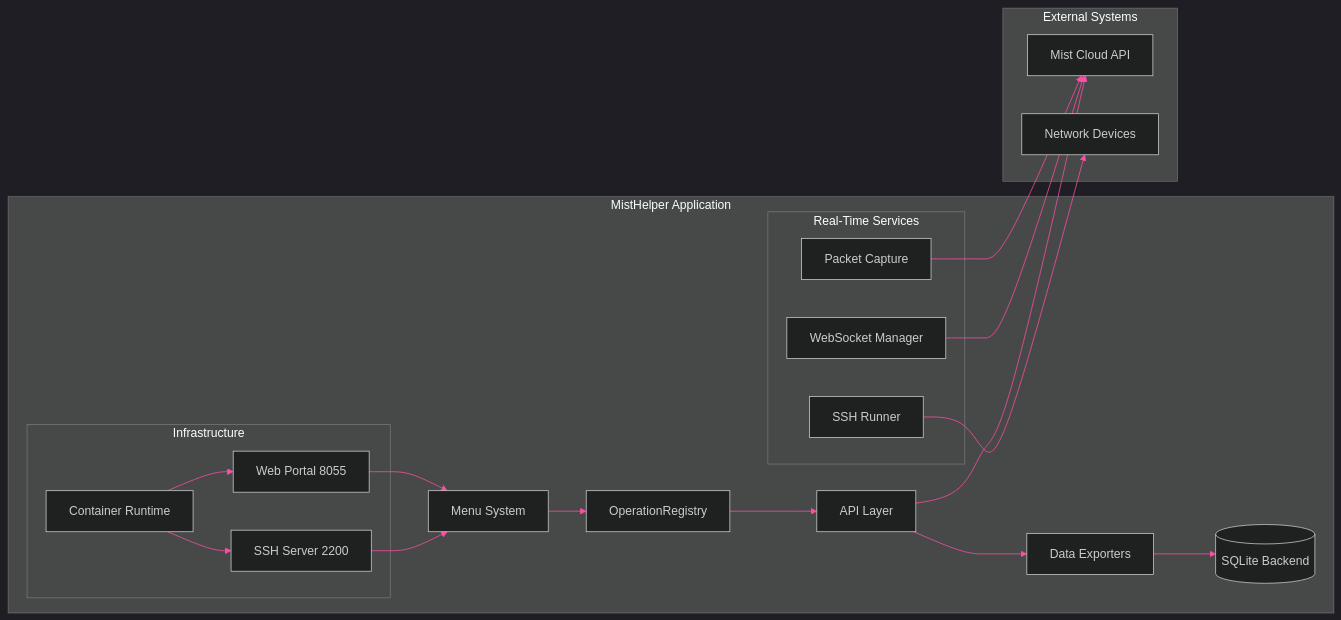
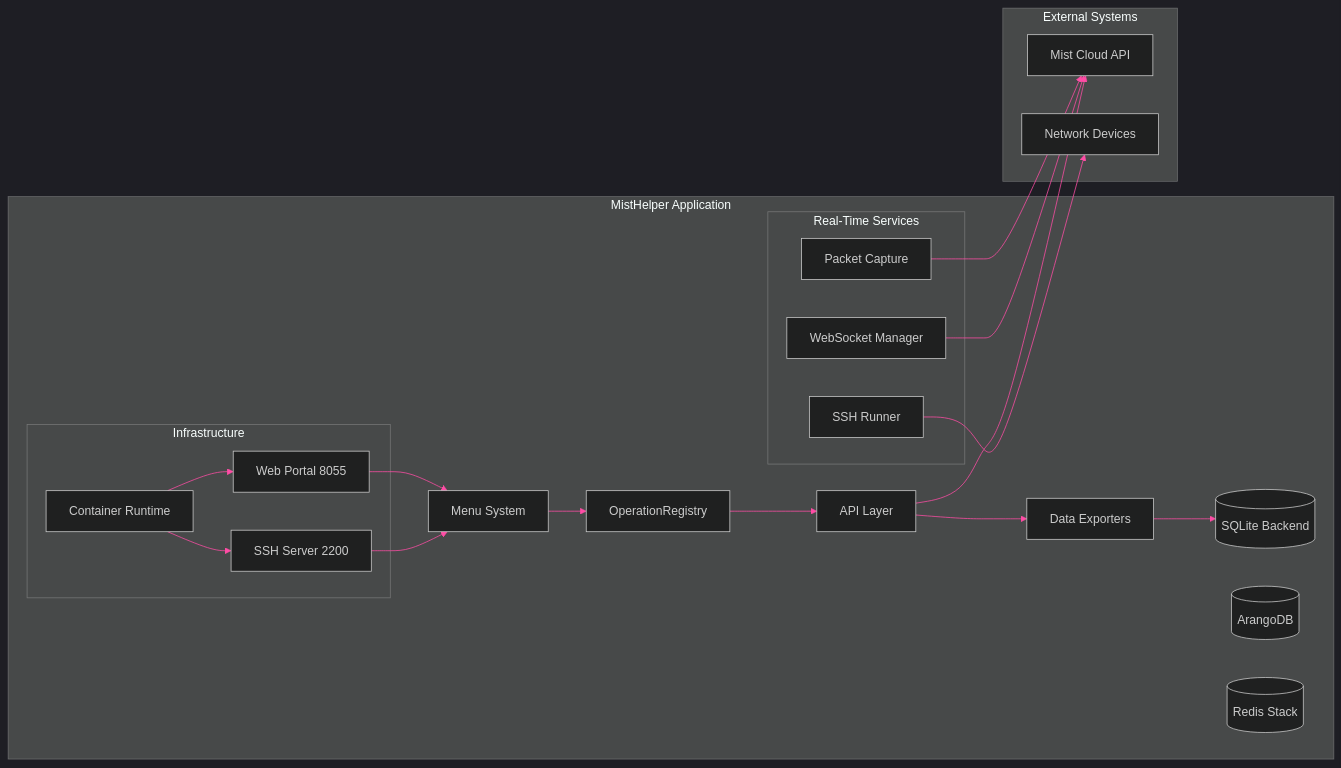
The first of 2 diagrams in README.md (jmorrison-juniper/MistHelper), drawn with Mermaid before and after one commit. The commit also changed other lines of this file and 44 other files, not shown here.

````diff
--- a/README.md
+++ b/README.md
@@ -43,46 +43,48 @@
 ```mermaid
 %%{init: {'theme': 'dark', 'themeVariables': {
   'primaryColor': '#E20074',
   'primaryTextColor': '#E0E0E0',
   'primaryBorderColor': '#99004D',
   'lineColor': '#FF4DA6',
   'secondaryColor': '#16213E',
   'tertiaryColor': '#1A1A2E',
   'fontFamily': 'ui-monospace, monospace'
 }}}%%
 flowchart LR
     subgraph misthelper["MistHelper Application"]
         menu["Menu System"]
         registry["OperationRegistry"]
         api["API Layer"]
         exporters["Data Exporters"]
         db[("SQLite Backend")]
+        arango[("ArangoDB")]
+        redis[("Redis Stack")]
 
         subgraph realtime["Real-Time Services"]
             websocket["WebSocket Manager"]
             ssh_runner["SSH Runner"]
             pcap["Packet Capture"]
         end
 
         subgraph infra["Infrastructure"]
             container["Container Runtime"]
             web_portal["Web Portal 8055"]
             ssh_server["SSH Server 2200"]
         end
     end
 
     subgraph external["External Systems"]
         mist_api["Mist Cloud API"]
         devices["Network Devices"]
     end
 
     menu --> registry --> api --> exporters --> db
     api --> mist_api
     websocket --> mist_api
     ssh_runner --> devices
     pcap --> mist_api
     ssh_server --> menu
     web_portal --> menu
     container --> ssh_server
     container --> web_portal
 ```
````
